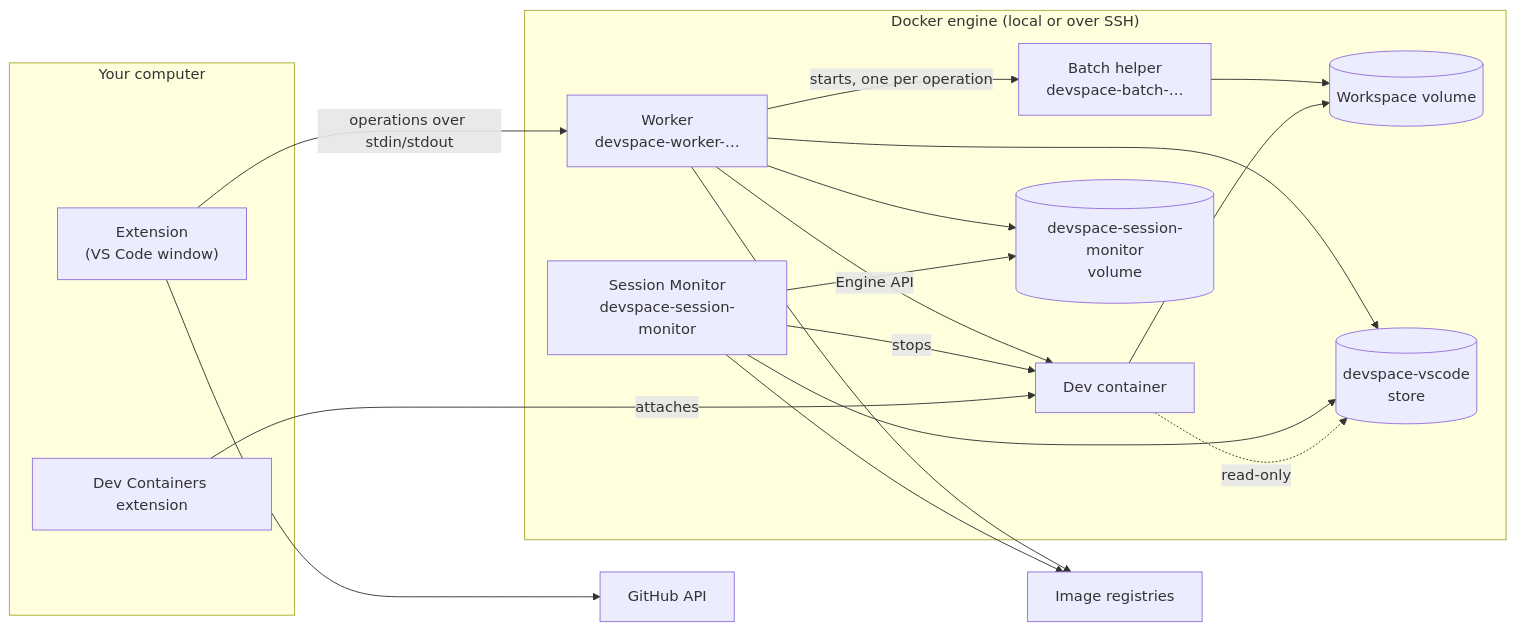
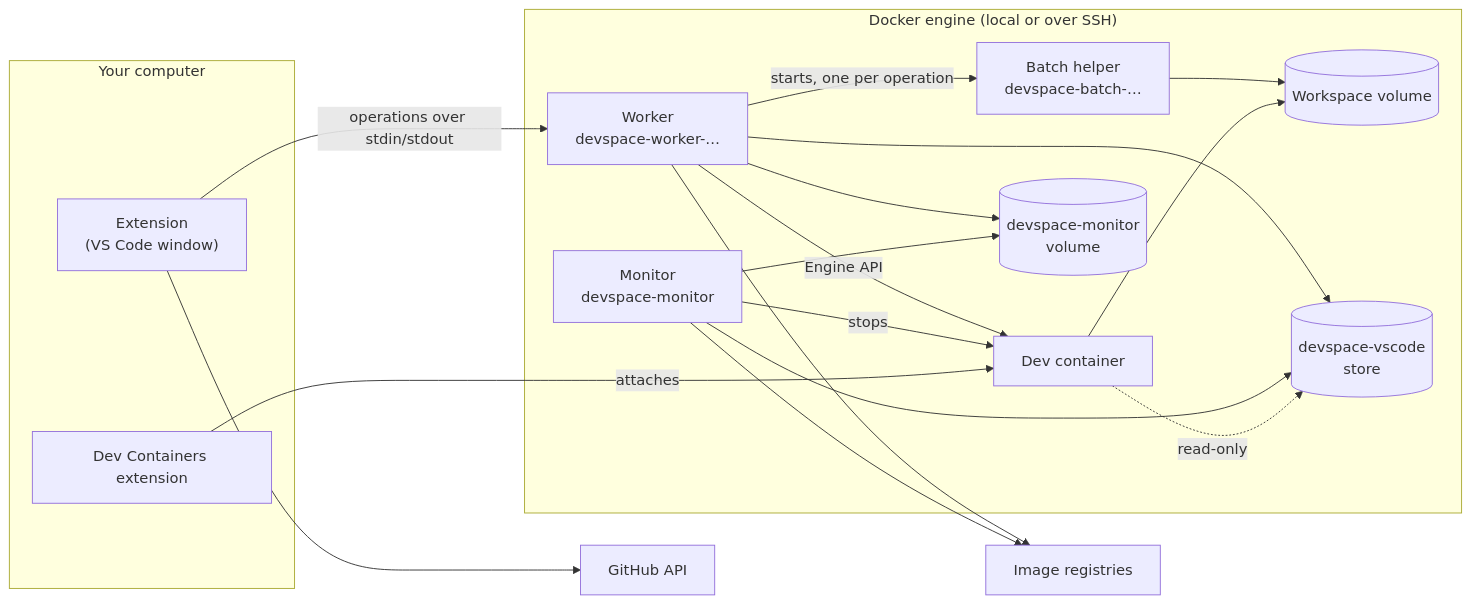
One commit to nimblescape/nimblescape-devspaces changed the diagram in docs/architecture.md. Above: the diagram before and after it, drawn with Mermaid. The commit also changed other lines of this file and 208 other files, not shown here.

First line of the commit message:
Name the Monitor container and volume devspace-monitor

````diff
--- a/docs/architecture.md
+++ b/docs/architecture.md
@@ -9,33 +9,33 @@
 ```mermaid
 flowchart LR
   subgraph PC["Your computer"]
     EXT["Extension<br/>(VS Code window)"]
     DC["Dev Containers extension"]
   end
   subgraph ENG["Docker engine (local or over SSH)"]
     W["Worker<br/>devspace-worker-…"]
     B["Batch helper<br/>devspace-batch-…"]
-    SM["Session Monitor<br/>devspace-session-monitor"]
+    SM["Monitor<br/>devspace-monitor"]
     DEV["Dev container"]
     V[("Workspace volume")]
-    ST[("devspace-session-monitor<br/>volume")]
+    ST[("devspace-monitor<br/>volume")]
     VS[("devspace-vscode<br/>store")]
   end
   GH["GitHub API"]
   REG["Image registries"]
   EXT -- "operations over stdin/stdout" --> W
   EXT --> GH
   W -- "Engine API" --> DEV
   W -- "starts, one per operation" --> B
   B --> V
   DEV --> V
   W --> ST
   SM --> ST
   W --> VS
   SM --> VS
   DEV -. "read-only" .-> VS
   W --> REG
   SM --> REG
   SM -- "stops" --> DEV
   DC -- "attaches" --> DEV
 ```
````
